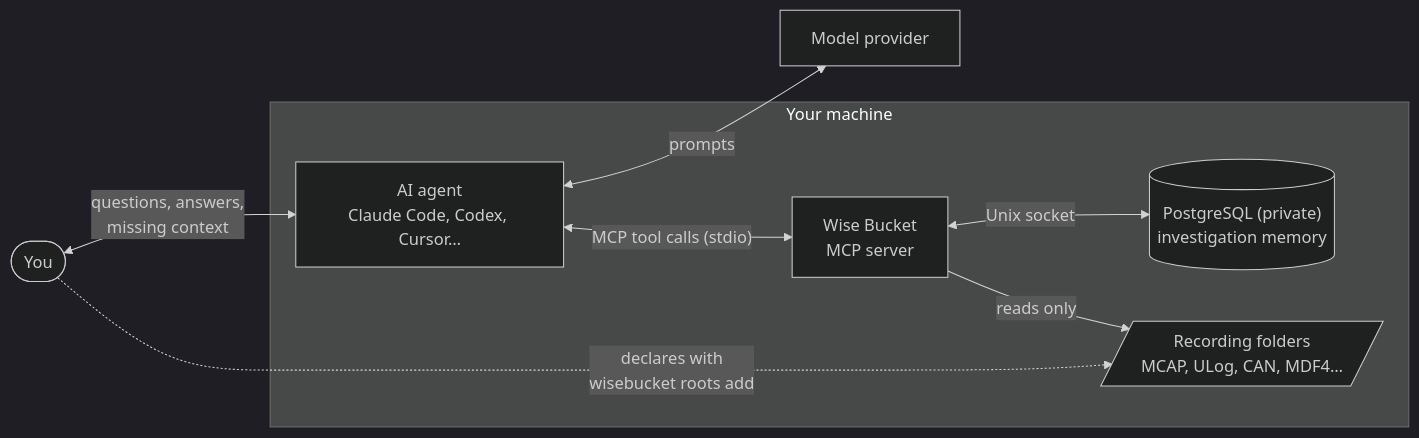
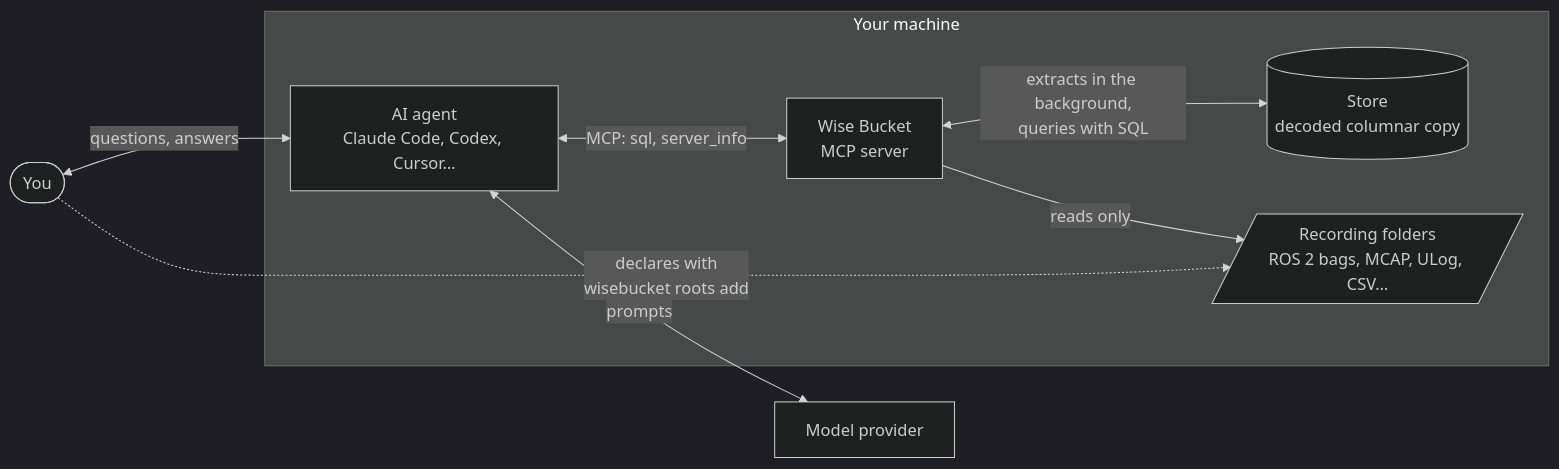
Before and after one commit to MBagory/wise-bucket: the diagram in README.md, drawn with Mermaid (dark theme). The commit also changed other lines of this file and 82 other files, not shown here.

````diff
--- a/README.md
+++ b/README.md
@@ -35,17 +34,17 @@
 ```mermaid
 flowchart LR
     you(["You"])
     llm["Model provider"]
     subgraph machine["Your machine"]
         agent["AI agent<br/>Claude Code, Codex, Cursor…"]
         wb["Wise Bucket<br/>MCP server"]
-        db[("PostgreSQL (private)<br/>investigation memory")]
-        data[/"Recording folders<br/>MCAP, ULog, CAN, MDF4…"/]
+        store[("Store<br/>decoded columnar copy")]
+        data[/"Recording folders<br/>ROS 2 bags, MCAP, ULog, CSV…"/]
     end
-    you <-->|"questions, answers,<br/>missing context"| agent
+    you <-->|"questions, answers"| agent
     agent <-->|"prompts"| llm
-    agent <-->|"MCP tool calls (stdio)"| wb
-    wb <-->|"Unix socket"| db
+    agent <-->|"MCP: sql, server_info"| wb
     wb -->|"reads only"| data
+    wb <-->|"extracts in the background,<br/>queries with SQL"| store
     you -.->|"declares with<br/>wisebucket roots add"| data
 ```
````
